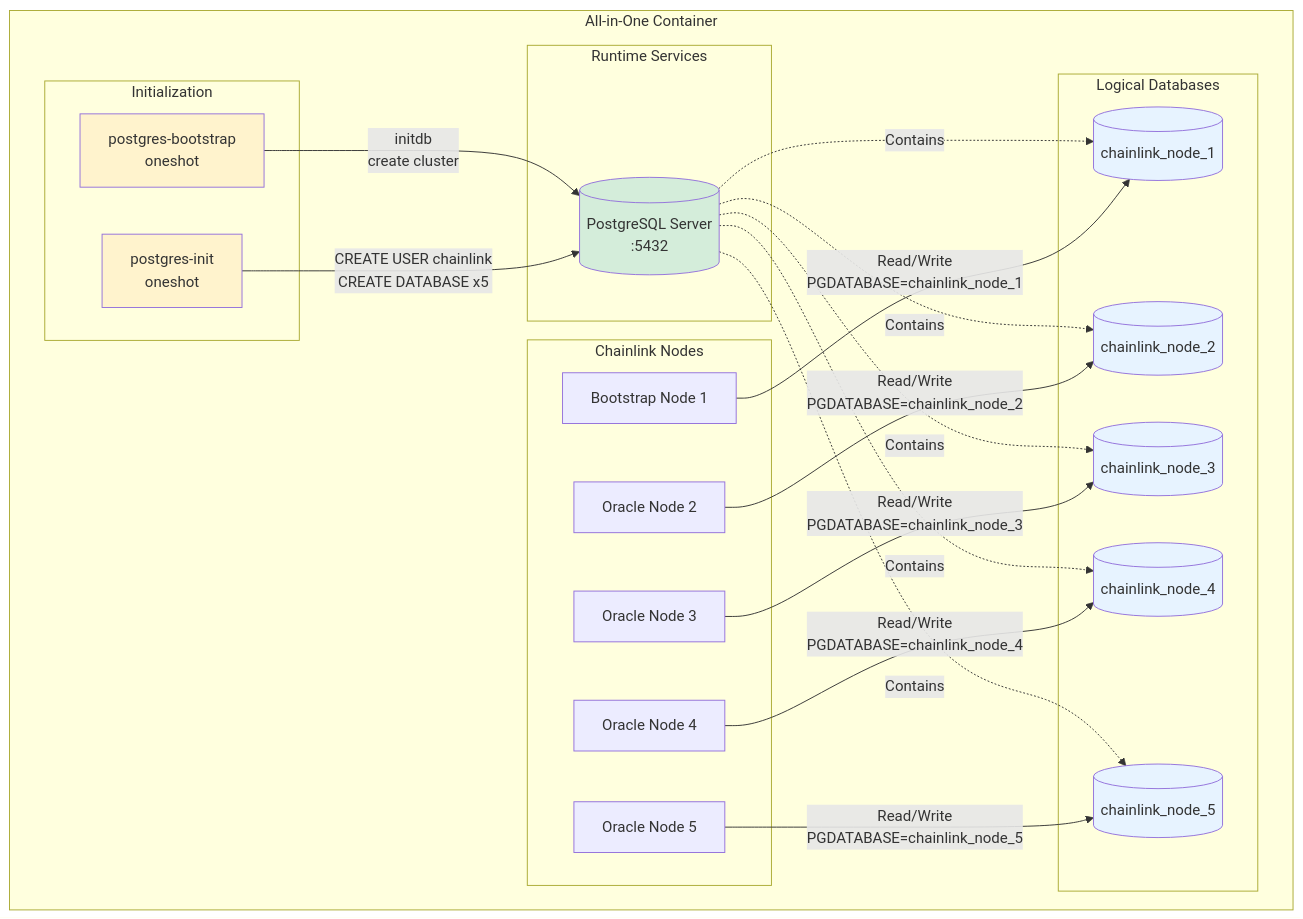
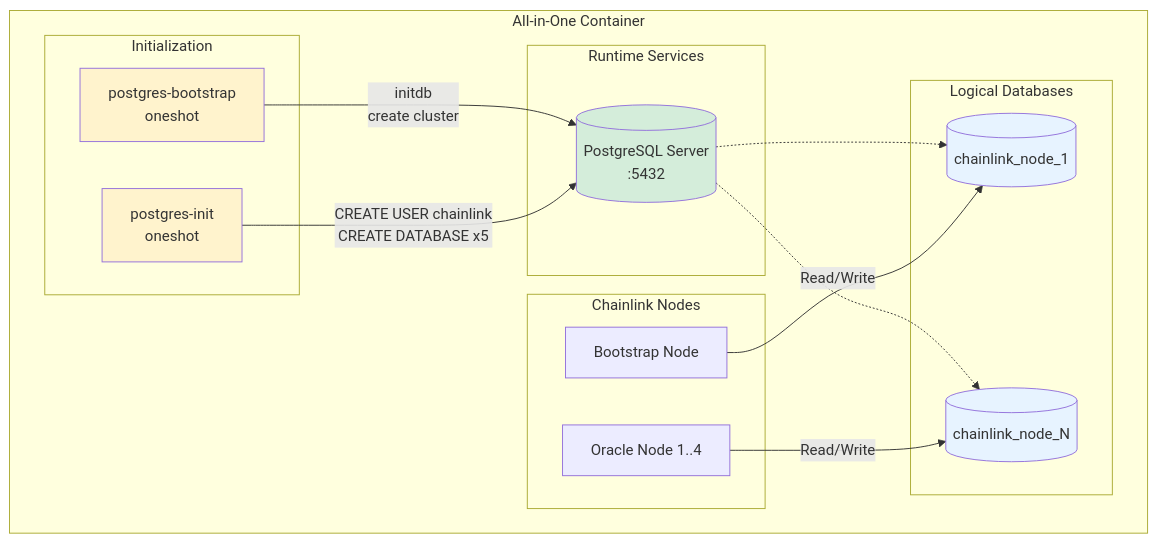
Before and after one commit to Super-Protocol/chainlink: the eighth of 9 diagrams in docs/ARCHITECTURE.md, drawn with Mermaid. The commit also changed other lines of this file and 11 other files, not shown here.

````diff
--- a/docs/ARCHITECTURE.md
+++ b/docs/ARCHITECTURE.md
@@ -993,53 +811,38 @@
 ```mermaid
 graph TB
-    subgraph Container["All-in-One Container"]
-        subgraph Init["Initialization"]
-            PBS[postgres-bootstrap<br/>oneshot]
-            PINI[postgres-init<br/>oneshot]
-        end
-
-        subgraph Runtime["Runtime Services"]
-            PG[(PostgreSQL Server<br/>:5432)]
-        end
-
-        subgraph Nodes["Chainlink Nodes"]
-            N1[Bootstrap Node 1]
-            N2[Oracle Node 2]
-            N3[Oracle Node 3]
-            N4[Oracle Node 4]
-            N5[Oracle Node 5]
-        end
-
-        subgraph Databases["Logical Databases"]
-            DB1[(chainlink_node_1)]
-            DB2[(chainlink_node_2)]
-            DB3[(chainlink_node_3)]
-            DB4[(chainlink_node_4)]
-            DB5[(chainlink_node_5)]
-        end
+  subgraph Container["All-in-One Container"]
+    subgraph Init["Initialization"]
+      PBS[postgres-bootstrap<br/>oneshot]
+      PINI[postgres-init<br/>oneshot]
     end
 
-    PBS -->|initdb<br/>create cluster| PG
-    PINI -->|CREATE USER chainlink<br/>CREATE DATABASE x5| PG
+    subgraph Runtime["Runtime Services"]
+      PG[(PostgreSQL Server<br/>:5432)]
+    end
 
-    PG -.->|Contains| DB1
-    PG -.->|Contains| DB2
-    PG -.->|Contains| DB3
-    PG -.->|Contains| DB4
-    PG -.->|Contains| DB5
+    subgraph Nodes["Chainlink Nodes"]
+      N1[Bootstrap Node]
+      N2[Oracle Node 1..4]
+    end
 
-    N1 -->|Read/Write<br/>PGDATABASE=chainlink_node_1| DB1
-    N2 -->|Read/Write<br/>PGDATABASE=chainlink_node_2| DB2
-    N3 -->|Read/Write<br/>PGDATABASE=chainlink_node_3| DB3
-    N4 -->|Read/Write<br/>PGDATABASE=chainlink_node_4| DB4
-    N5 -->|Read/Write<br/>PGDATABASE=chainlink_node_5| DB5
+    subgraph Databases["Logical Databases"]
+      DB1[(chainlink_node_1)]
+      DB2[(chainlink_node_N)]
+    end
+  end
 
-    style PBS fill:#fff3cd
-    style PINI fill:#fff3cd
-    style PG fill:#d4edda
-    style DB1 fill:#e7f3ff
-    style DB2 fill:#e7f3ff
-    style DB3 fill:#e7f3ff
-    style DB4 fill:#e7f3ff
-    style DB5 fill:#e7f3ff
+  PBS -->|initdb<br/>create cluster| PG
+  PINI -->|CREATE USER chainlink<br/>CREATE DATABASE x5| PG
+
+  PG -.-> DB1
+  PG -.-> DB2
+
+  N1 -->|Read/Write| DB1
+  N2 -->|Read/Write| DB2
+
+  style PBS fill:#fff3cd
+  style PINI fill:#fff3cd
+  style PG fill:#d4edda
+  style DB1 fill:#e7f3ff
+  style DB2 fill:#e7f3ff
 ```
````
